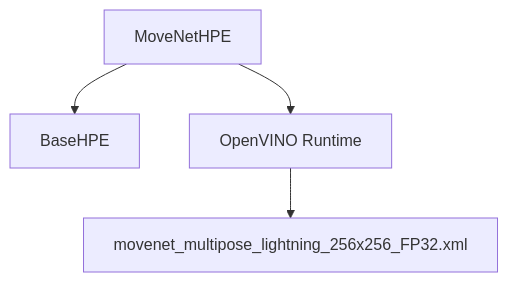
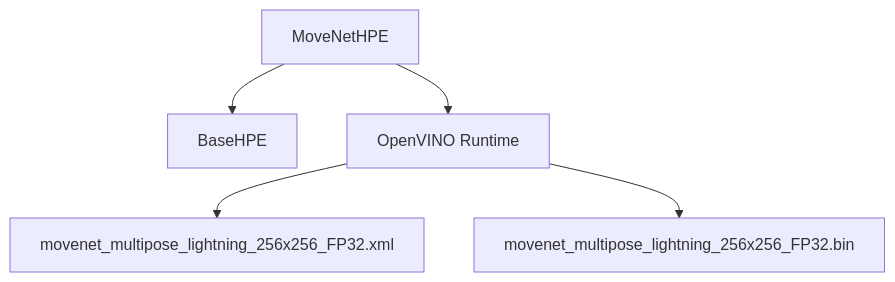
Before and after one commit to Fogus-Gr/MeasurementsDTs: the seventh of 7 diagrams in .qoder/repowiki/en/content/Model Implementations/MoveNet Implementation.md, drawn with Mermaid. The commit also changed other lines of this file and 12 other files, not shown here.

````diff
--- a/.qoder/repowiki/en/content/Model Implementations/MoveNet Implementation.md
+++ b/.qoder/repowiki/en/content/Model Implementations/MoveNet Implementation.md
@@ -262,10 +278,12 @@
 ```mermaid
 graph TB
 MoveNet["MoveNetHPE"]
 Base["BaseHPE"]
 OV["OpenVINO Runtime"]
 XML["movenet_multipose_lightning_256x256_FP32.xml"]
+BIN["movenet_multipose_lightning_256x256_FP32.bin"]
 MoveNet --> Base
 MoveNet --> OV
 OV --> XML
+OV --> BIN
 ```
````
